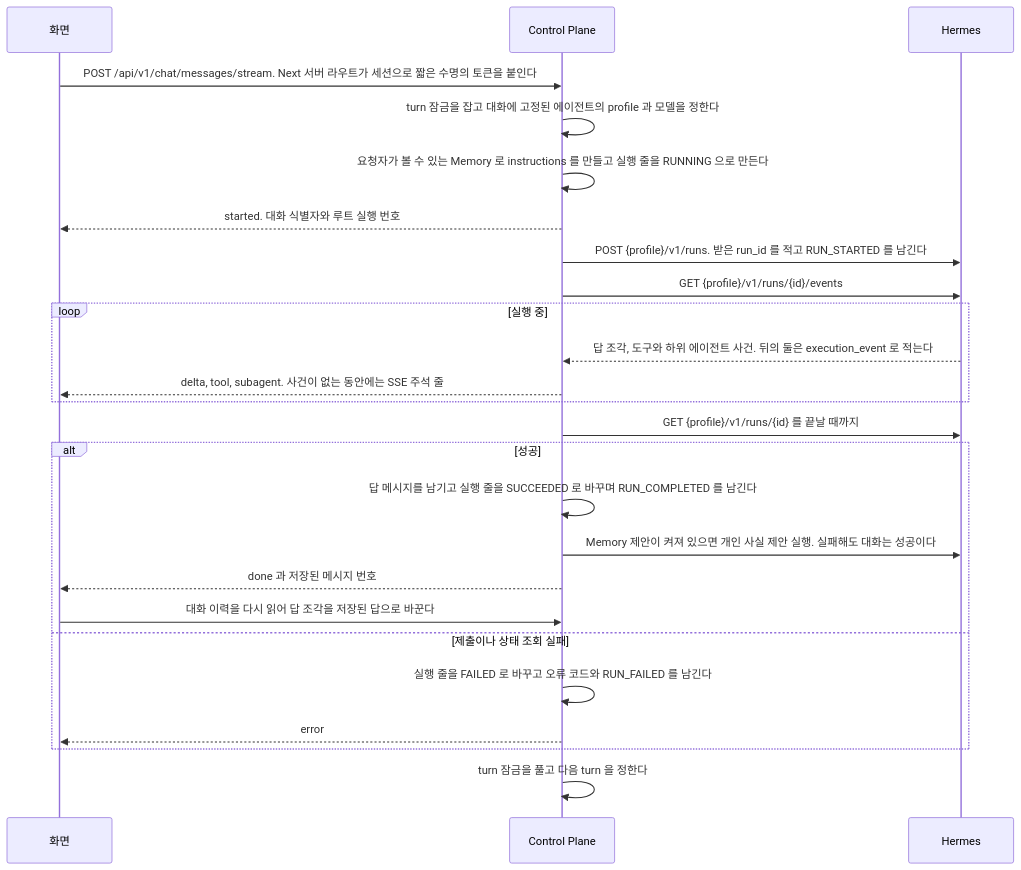
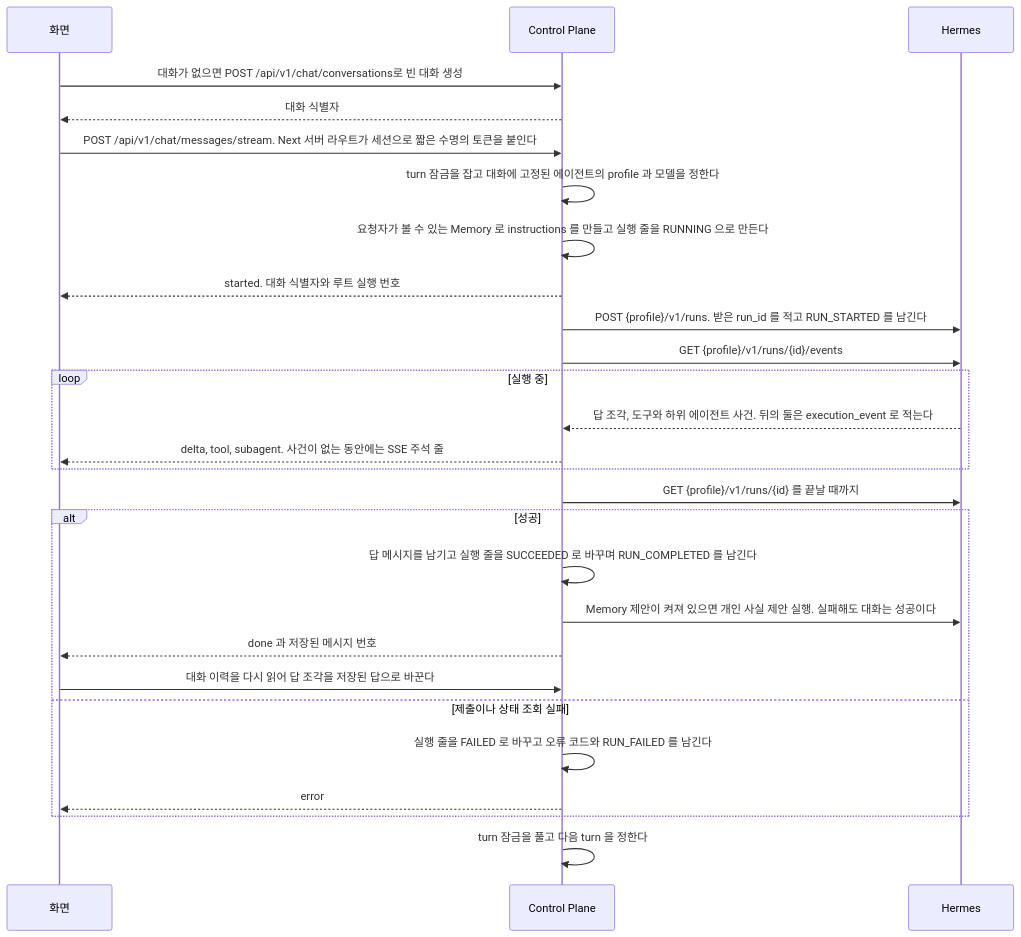
Before and after one commit to jon890/fos-assistant: the diagram in docs/features/chat.md, drawn with Mermaid. The commit also changed other lines of this file and 9 other files, not shown here.

````diff
--- a/docs/features/chat.md
+++ b/docs/features/chat.md
@@ -22,28 +28,30 @@
 ```mermaid
 sequenceDiagram
     participant W as 화면
     participant C as Control Plane
     participant H as Hermes
 
+    W->>C: 대화가 없으면 POST /api/v1/chat/conversations로 빈 대화 생성
+    C-->>W: 대화 식별자
     W->>C: POST /api/v1/chat/messages/stream. Next 서버 라우트가 세션으로 짧은 수명의 토큰을 붙인다
     C->>C: turn 잠금을 잡고 대화에 고정된 에이전트의 profile 과 모델을 정한다
     C->>C: 요청자가 볼 수 있는 Memory 로 instructions 를 만들고 실행 줄을 RUNNING 으로 만든다
     C-->>W: started. 대화 식별자와 루트 실행 번호
     C->>H: POST {profile}/v1/runs. 받은 run_id 를 적고 RUN_STARTED 를 남긴다
     C->>H: GET {profile}/v1/runs/{id}/events
     loop 실행 중
         H-->>C: 답 조각, 도구와 하위 에이전트 사건. 뒤의 둘은 execution_event 로 적는다
         C-->>W: delta, tool, subagent. 사건이 없는 동안에는 SSE 주석 줄
     end
     C->>H: GET {profile}/v1/runs/{id} 를 끝날 때까지
     alt 성공
         C->>C: 답 메시지를 남기고 실행 줄을 SUCCEEDED 로 바꾸며 RUN_COMPLETED 를 남긴다
         C->>H: Memory 제안이 켜져 있으면 개인 사실 제안 실행. 실패해도 대화는 성공이다
         C-->>W: done 과 저장된 메시지 번호
         W->>C: 대화 이력을 다시 읽어 답 조각을 저장된 답으로 바꾼다
     else 제출이나 상태 조회 실패
         C->>C: 실행 줄을 FAILED 로 바꾸고 오류 코드와 RUN_FAILED 를 남긴다
         C-->>W: error
     end
     C->>C: turn 잠금을 풀고 다음 turn 을 정한다
 ```
````
